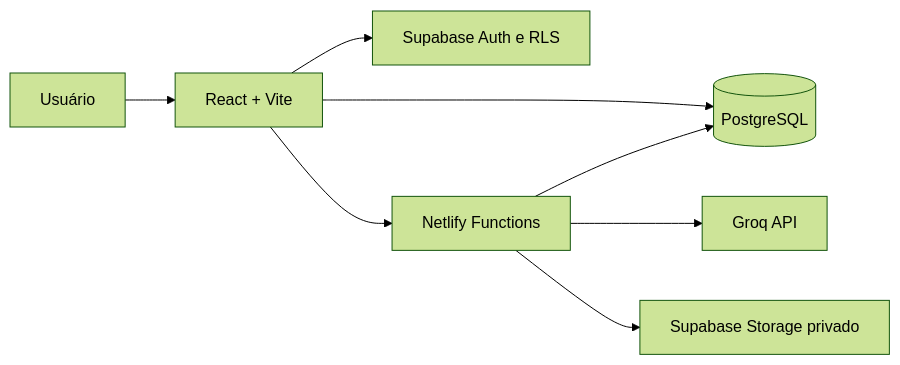
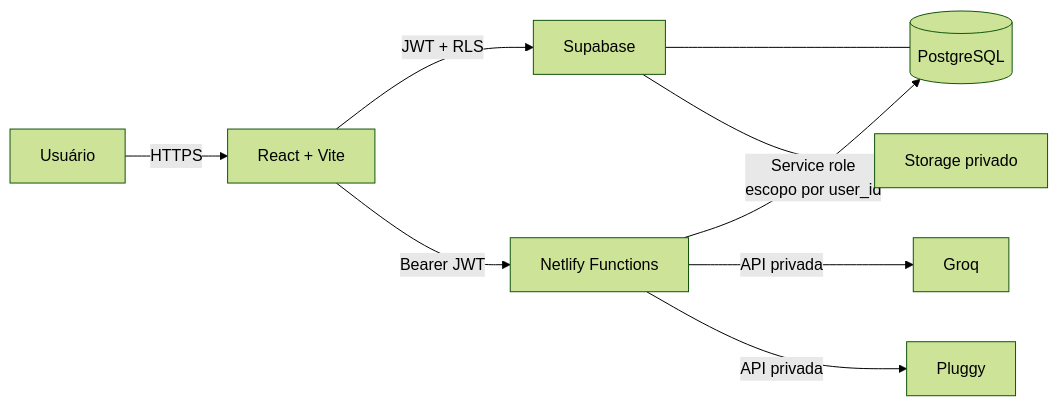
The diagram in README.md (Rodrigo-Weber/Gestao-Financeira), drawn with Mermaid (forest theme) before and after one commit. The commit also changed other lines of this file and 11 other files, not shown here.

````diff
--- a/README.md
+++ b/README.md
@@ -104,10 +98,11 @@
 ```mermaid
 flowchart LR
-    U[Usuário] --> R[React + Vite]
-    R --> S[Supabase Auth e RLS]
-    R --> D[(PostgreSQL)]
-    R --> F[Netlify Functions]
-    F --> G[Groq API]
-    F --> D
-    F --> B[Supabase Storage privado]
+    U[Usuário] -->|HTTPS| SPA[React + Vite]
+    SPA -->|JWT + RLS| SB[Supabase]
+    SPA -->|Bearer JWT| FN[Netlify Functions]
+    FN -->|Service role<br/>escopo por user_id| DB[(PostgreSQL)]
+    FN -->|API privada| GR[Groq]
+    FN -->|API privada| PL[Pluggy]
+    SB --- DB
+    SB --> ST[Storage privado]
 ```
````
